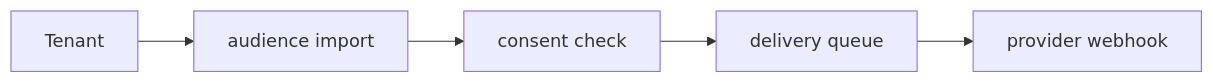
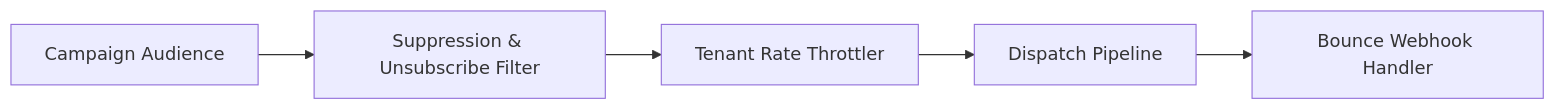
Before and after one commit to sohail-sharif-official/email-campaign-platform: the diagram in README.md, drawn with Mermaid. The commit also changed other lines of this file and 4 other files, not shown here.

Commit message:
Update architecture documentation, mermaid diagrams, and verification guide

````diff
--- a/README.md
+++ b/README.md
@@ -17,8 +10,7 @@
 ```mermaid
 flowchart LR
-  n0["Tenant"] --> n1
-  n1["audience import"] --> n2
-  n2["consent check"] --> n3
-  n3["delivery queue"] --> n4
-  n4["provider webhook"]
+  Camp["Campaign Audience"] --> Supp["Suppression & Unsubscribe Filter"]
+  Supp --> Throttle["Tenant Rate Throttler"]
+  Throttle --> Send["Dispatch Pipeline"]
+  Send --> Bounce["Bounce Webhook Handler"]
 ```
````
